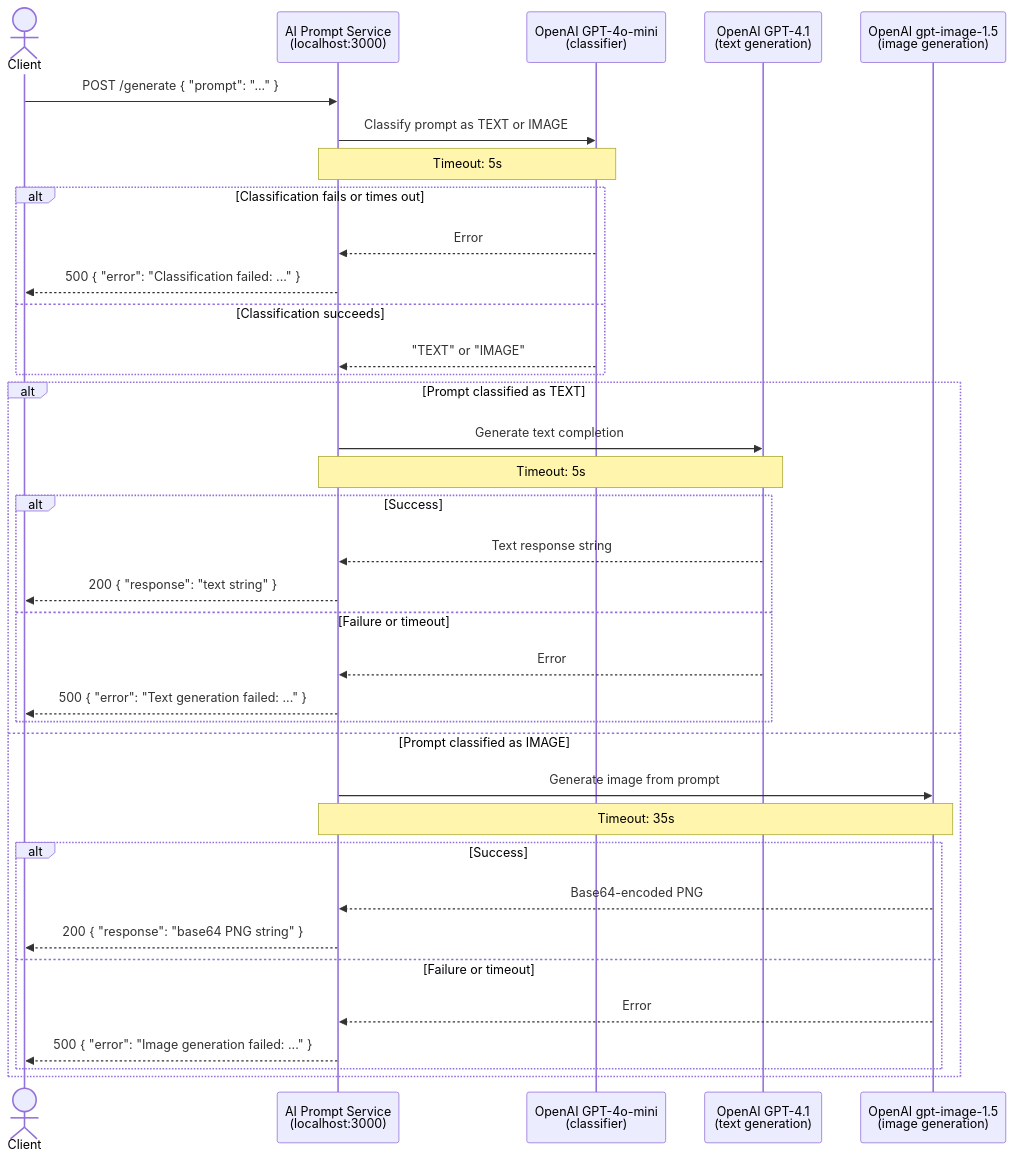
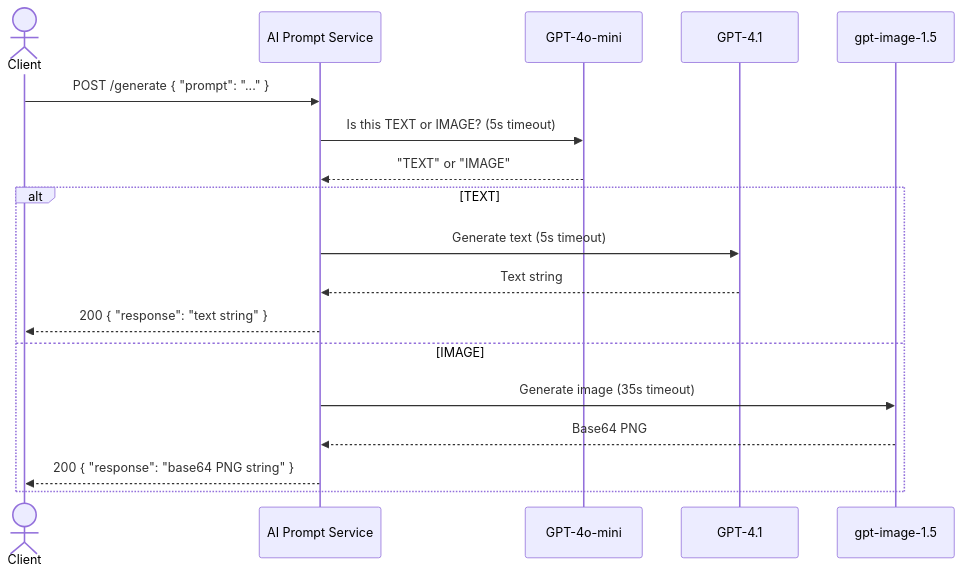
One commit to Cikyra/ai-prompt-service changed the diagram in README.md. Above: the diagram before and after it, drawn with Mermaid.

Commit message:
make UML a bit less busy

````diff
--- a/README.md
+++ b/README.md
@@ -121,43 +121,22 @@
 ```mermaid
 sequenceDiagram
     actor Client
-    participant Service as AI Prompt Service<br/>(localhost:3000)
-    participant Classifier as OpenAI GPT-4o-mini<br/>(classifier)
-    participant TextModel as OpenAI GPT-4.1<br/>(text generation)
-    participant ImageModel as OpenAI gpt-image-1.5<br/>(image generation)
+    participant Service as AI Prompt Service
+    participant Classifier as GPT-4o-mini
+    participant TextModel as GPT-4.1
+    participant ImageModel as gpt-image-1.5
 
     Client->>Service: POST /generate { "prompt": "..." }
+    Service->>Classifier: Is this TEXT or IMAGE? (5s timeout)
+    Classifier-->>Service: "TEXT" or "IMAGE"
 
-    Service->>Classifier: Classify prompt as TEXT or IMAGE
-    Note over Service,Classifier: Timeout: 5s
-
-    alt Classification fails or times out
-        Classifier-->>Service: Error
-        Service-->>Client: 500 { "error": "Classification failed: ..." }
-    else Classification succeeds
-        Classifier-->>Service: "TEXT" or "IMAGE"
-    end
-
-    alt Prompt classified as TEXT
-        Service->>TextModel: Generate text completion
-        Note over Service,TextModel: Timeout: 5s
-        alt Success
-            TextModel-->>Service: Text response string
-            Service-->>Client: 200 { "response": "text string" }
-        else Failure or timeout
-            TextModel-->>Service: Error
-            Service-->>Client: 500 { "error": "Text generation failed: ..." }
-        end
-
-    else Prompt classified as IMAGE
-        Service->>ImageModel: Generate image from prompt
-        Note over Service,ImageModel: Timeout: 35s
-        alt Success
-            ImageModel-->>Service: Base64-encoded PNG
-            Service-->>Client: 200 { "response": "base64 PNG string" }
-        else Failure or timeout
-            ImageModel-->>Service: Error
-            Service-->>Client: 500 { "error": "Image generation failed: ..." }
-        end
+    alt TEXT
+        Service->>TextModel: Generate text (5s timeout)
+        TextModel-->>Service: Text string
+        Service-->>Client: 200 { "response": "text string" }
+    else IMAGE
+        Service->>ImageModel: Generate image (35s timeout)
+        ImageModel-->>Service: Base64 PNG
+        Service-->>Client: 200 { "response": "base64 PNG string" }
     end
 ```
````
